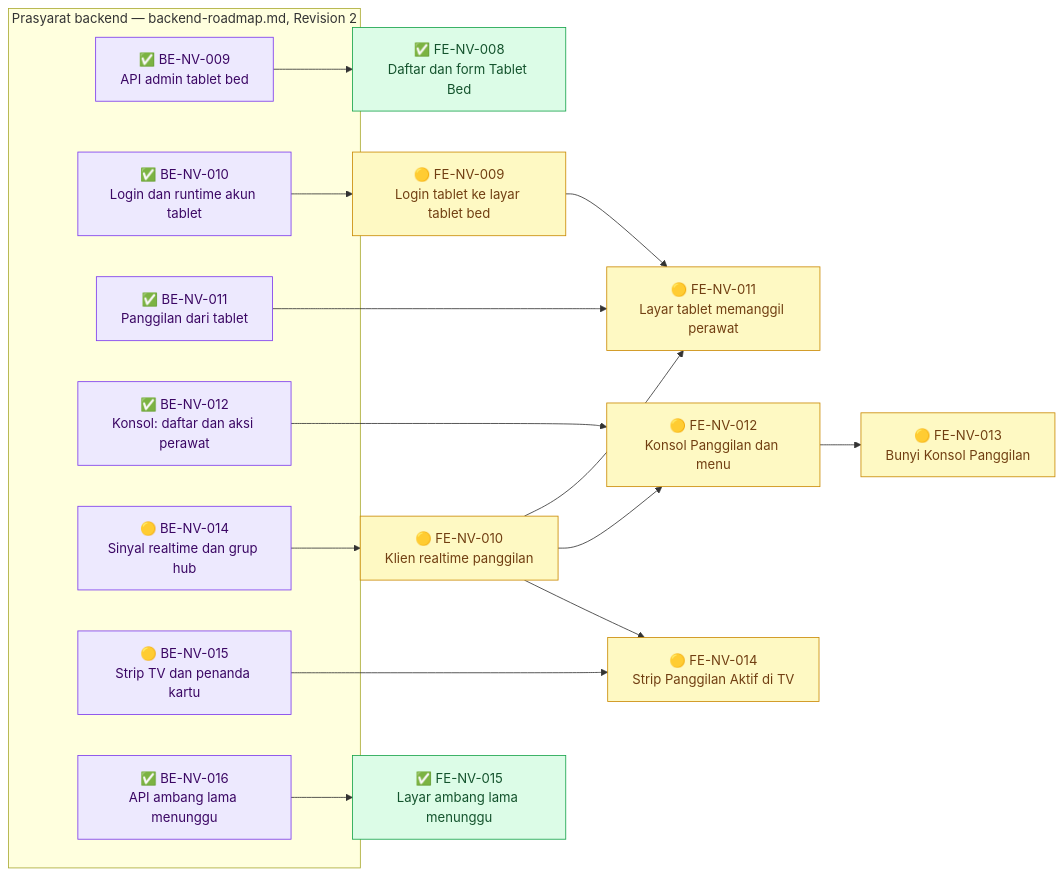
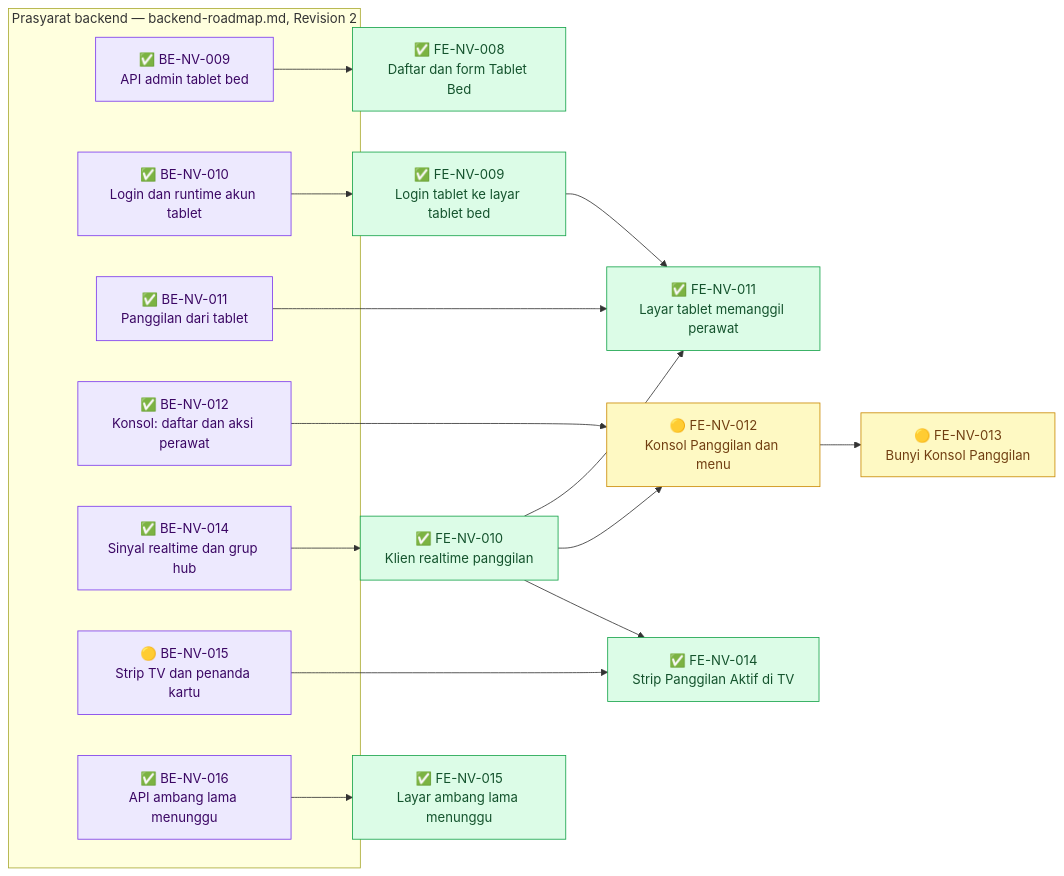
Before and after one commit to DevBenari/NewQuilvianSystemBackend: the second of 2 diagrams in docs/module-blueprints/nurse-view/roadmap/frontend-roadmap.md, drawn with Mermaid. The commit also changed other lines of this file and 11 other files, not shown here.

````diff
--- a/docs/module-blueprints/nurse-view/roadmap/frontend-roadmap.md
+++ b/docs/module-blueprints/nurse-view/roadmap/frontend-roadmap.md
@@ -192,40 +192,40 @@
 ```mermaid
 flowchart LR
     classDef selesai fill:#DCFCE7,stroke:#16A34A,color:#14532D
     classDef sebagian fill:#FEF9C3,stroke:#CA8A04,color:#713F12
     classDef terblokir fill:#FEE2E2,stroke:#DC2626,color:#7F1D1D
     classDef belum fill:#F1F5F9,stroke:#64748B,color:#0F172A
     classDef luar fill:#EDE9FE,stroke:#7C3AED,color:#3B0764
 
     subgraph backend["Prasyarat backend — backend-roadmap.md, Revision 2"]
         BENV009["✅ BE-NV-009<br/>API admin tablet bed"]:::luar
         BENV010["✅ BE-NV-010<br/>Login dan runtime akun tablet"]:::luar
         BENV011["✅ BE-NV-011<br/>Panggilan dari tablet"]:::luar
         BENV012["✅ BE-NV-012<br/>Konsol: daftar dan aksi perawat"]:::luar
-        BENV014["🟡 BE-NV-014<br/>Sinyal realtime dan grup hub"]:::luar
+        BENV014["✅ BE-NV-014<br/>Sinyal realtime dan grup hub"]:::luar
         BENV015["🟡 BE-NV-015<br/>Strip TV dan penanda kartu"]:::luar
         BENV016["✅ BE-NV-016<br/>API ambang lama menunggu"]:::luar
     end
 
     FENV008["✅ FE-NV-008<br/>Daftar dan form Tablet Bed"]:::selesai
-    FENV009["🟡 FE-NV-009<br/>Login tablet ke layar tablet bed"]:::sebagian
-    FENV010["🟡 FE-NV-010<br/>Klien realtime panggilan"]:::sebagian
-    FENV011["🟡 FE-NV-011<br/>Layar tablet memanggil perawat"]:::sebagian
+    FENV009["✅ FE-NV-009<br/>Login tablet ke layar tablet bed"]:::selesai
+    FENV010["✅ FE-NV-010<br/>Klien realtime panggilan"]:::selesai
+    FENV011["✅ FE-NV-011<br/>Layar tablet memanggil perawat"]:::selesai
     FENV012["🟡 FE-NV-012<br/>Konsol Panggilan dan menu"]:::sebagian
     FENV013["🟡 FE-NV-013<br/>Bunyi Konsol Panggilan"]:::sebagian
-    FENV014["🟡 FE-NV-014<br/>Strip Panggilan Aktif di TV"]:::sebagian
+    FENV014["✅ FE-NV-014<br/>Strip Panggilan Aktif di TV"]:::selesai
     FENV015["✅ FE-NV-015<br/>Layar ambang lama menunggu"]:::selesai
 
     BENV009 --> FENV008
     BENV010 --> FENV009
     BENV014 --> FENV010
     BENV011 --> FENV011
     FENV009 --> FENV011
     FENV010 --> FENV011
     BENV012 --> FENV012
     FENV010 --> FENV012
     FENV012 --> FENV013
     BENV015 --> FENV014
     FENV010 --> FENV014
     BENV016 --> FENV015
 ```
````
